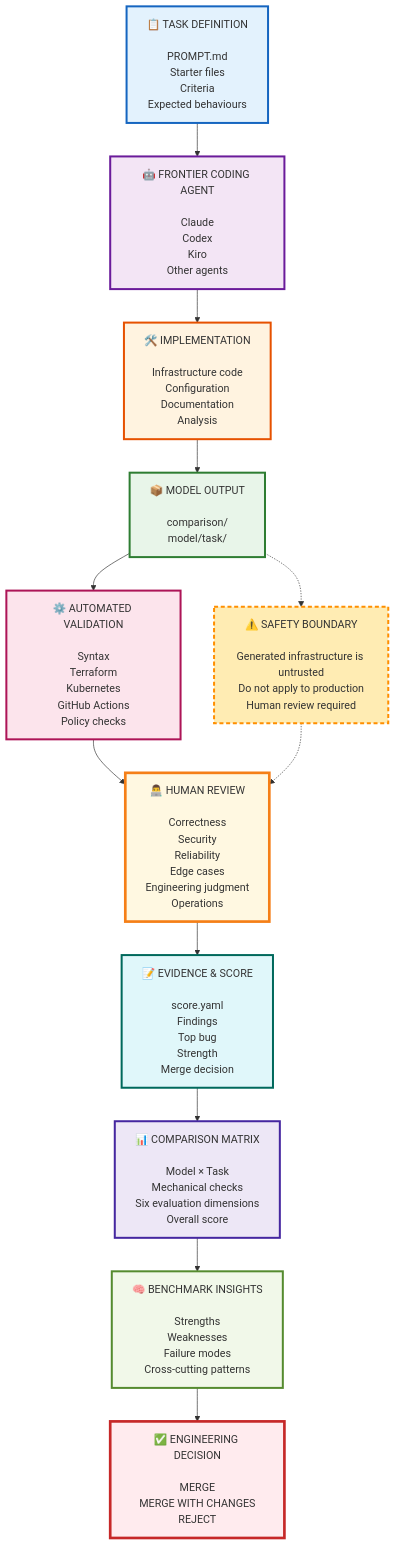
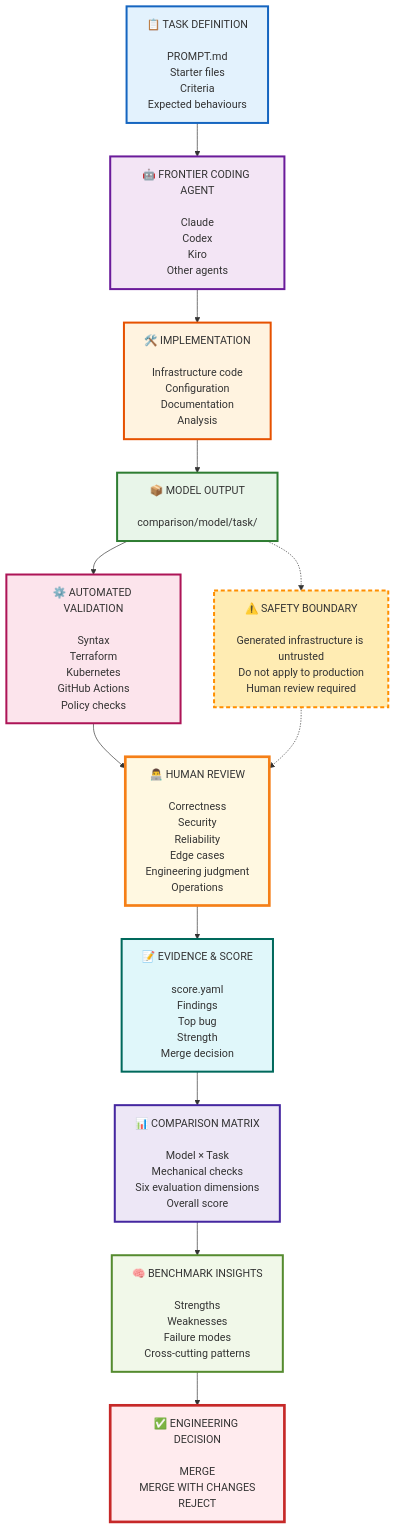
The diagram in README.md (eyespan/infra-ai-testbed), drawn with Mermaid before and after one commit.

````diff
--- a/README.md
+++ b/README.md
@@ -14,42 +14,42 @@
 ```mermaid
 flowchart TB
 
     A["📋 TASK DEFINITION<br/><br/>PROMPT.md<br/>Starter files<br/>Criteria<br/>Expected behaviours"]
 
     A --> B
 
     B["🤖 FRONTIER CODING AGENT<br/><br/>Claude<br/>Codex<br/>Kiro<br/>Other agents"]
 
     B --> C["🛠️ IMPLEMENTATION<br/><br/>Infrastructure code<br/>Configuration<br/>Documentation<br/>Analysis"]
 
-    C --> D["📦 MODEL OUTPUT<br/><br/>comparison/<br/>model/task/"]
+    C --> D["📦 MODEL OUTPUT<br/><br/>comparison/model/task/"]
 
     D --> E["⚙️ AUTOMATED VALIDATION<br/><br/>Syntax<br/>Terraform<br/>Kubernetes<br/>GitHub Actions<br/>Policy checks"]
 
     E --> F["👨‍💻 HUMAN REVIEW<br/><br/>Correctness<br/>Security<br/>Reliability<br/>Edge cases<br/>Engineering judgment<br/>Operations"]
 
     F --> G["📝 EVIDENCE & SCORE<br/><br/>score.yaml<br/>Findings<br/>Top bug<br/>Strength<br/>Merge decision"]
 
     G --> H["📊 COMPARISON MATRIX<br/><br/>Model × Task<br/>Mechanical checks<br/>Six evaluation dimensions<br/>Overall score"]
 
     H --> I["🧠 BENCHMARK INSIGHTS<br/><br/>Strengths<br/>Weaknesses<br/>Failure modes<br/>Cross-cutting patterns"]
 
     I --> J["✅ ENGINEERING DECISION<br/><br/>MERGE<br/>MERGE WITH CHANGES<br/>REJECT"]
 
     K["⚠️ SAFETY BOUNDARY<br/><br/>Generated infrastructure is untrusted<br/>Do not apply to production<br/>Human review required"]
 
     D -.-> K
     K -.-> F
 
     style A fill:#e3f2fd,stroke:#1565c0,stroke-width:3px
     style B fill:#f3e5f5,stroke:#6a1b9a,stroke-width:3px
     style C fill:#fff3e0,stroke:#e65100,stroke-width:3px
     style D fill:#e8f5e9,stroke:#2e7d32,stroke-width:3px
     style E fill:#fce4ec,stroke:#ad1457,stroke-width:3px
     style F fill:#fff8e1,stroke:#f57f17,stroke-width:4px
     style G fill:#e0f7fa,stroke:#00695c,stroke-width:3px
     style H fill:#ede7f6,stroke:#4527a0,stroke-width:3px
     style I fill:#f1f8e9,stroke:#558b2f,stroke-width:3px
     style J fill:#ffebee,stroke:#c62828,stroke-width:4px
     style K fill:#ffecb3,stroke:#ff8f00,stroke-width:3px,stroke-dasharray: 6 4
   ```
````
